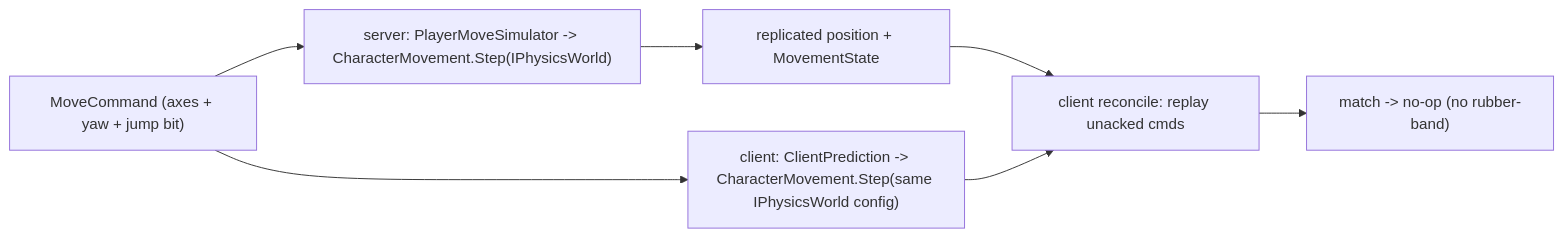
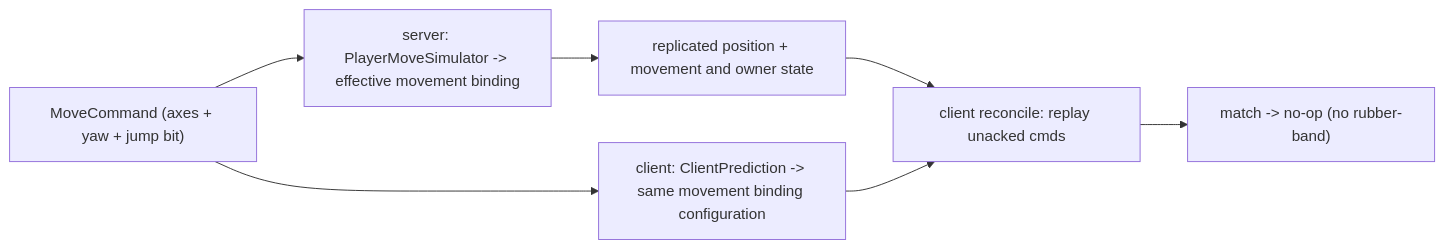
One commit to APKiwiOrg/KhaozEngine changed the third of 4 diagrams in docs/PHYSICS-PIPELINE.md. Above: the diagram before and after it, drawn with Mermaid. The commit also changed other lines of this file and 33 other files, not shown here.

````diff
--- a/docs/PHYSICS-PIPELINE.md
+++ b/docs/PHYSICS-PIPELINE.md
@@ -105,9 +105,9 @@
 ```mermaid
 flowchart LR
-    INPUT["MoveCommand (axes + yaw + jump bit)"] --> SSTEP["server: PlayerMoveSimulator -> CharacterMovement.Step(IPhysicsWorld)"]
-    INPUT --> CSTEP["client: ClientPrediction -> CharacterMovement.Step(same IPhysicsWorld config)"]
-    SSTEP --> WIRE["replicated position + MovementState"]
+    INPUT["MoveCommand (axes + yaw + jump bit)"] --> SSTEP["server: PlayerMoveSimulator -> effective movement binding"]
+    INPUT --> CSTEP["client: ClientPrediction -> same movement binding configuration"]
+    SSTEP --> WIRE["replicated position + movement and owner state"]
     WIRE --> RECON["client reconcile: replay unacked cmds"]
     CSTEP --> RECON
     RECON --> NOOP["match -> no-op (no rubber-band)"]
 ```
````
